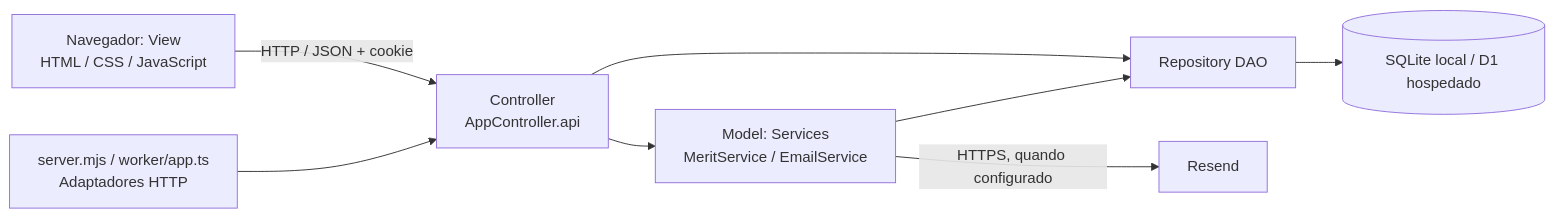
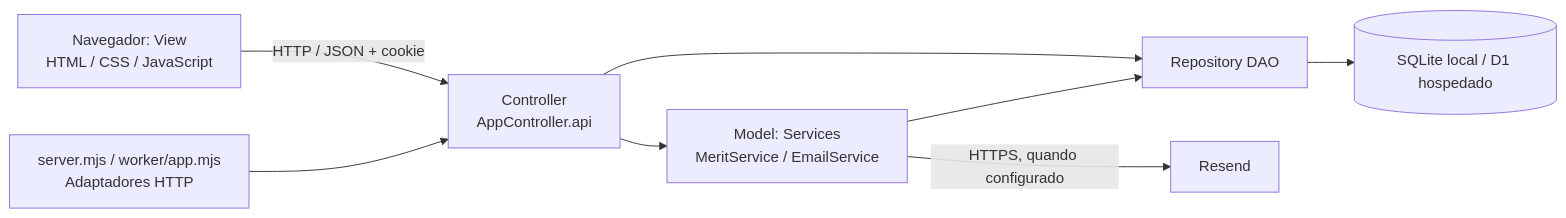
Before and after one commit to vianadv/sistemaMoedaEstudantil: the second of 2 diagrams in docs/sprints/01/modelos.md, drawn with Mermaid. The commit also changed 133 other files, not shown here.

````diff
--- a/docs/sprints/01/modelos.md
+++ b/docs/sprints/01/modelos.md
@@ -71,12 +71,12 @@
 ```mermaid
 
 flowchart LR
  U["Navegador: View\nHTML / CSS / JavaScript"] -->|"HTTP / JSON + cookie"| C["Controller\nAppController.api"]
  C --> M["Model: Services\nMeritService / EmailService"]
  C --> R["Repository DAO"]
  M --> R
  R --> DB[("SQLite local / D1 hospedado")]
  M -->|"HTTPS, quando configurado"| E["Resend"]
- A["server.mjs / worker/app.ts\nAdaptadores HTTP"] --> C
+ A["server.mjs / worker/app.mjs\nAdaptadores HTTP"] --> C
 
 ```
````
